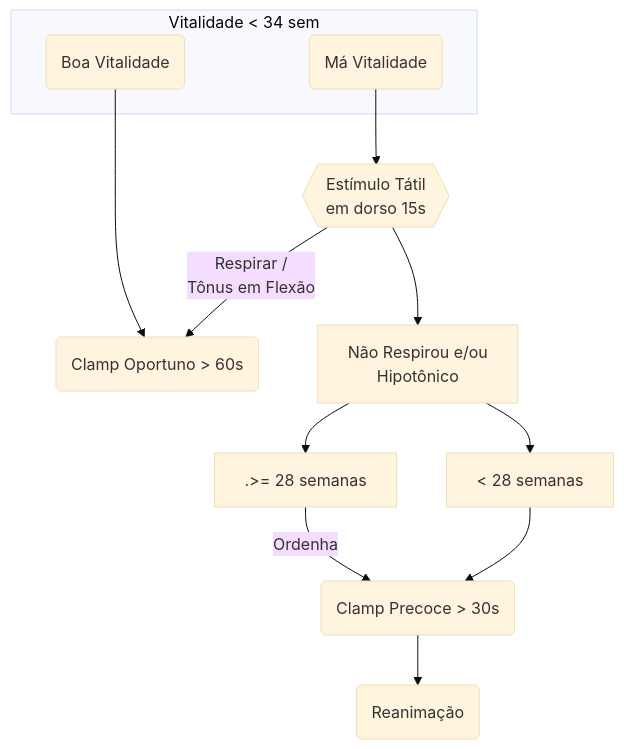
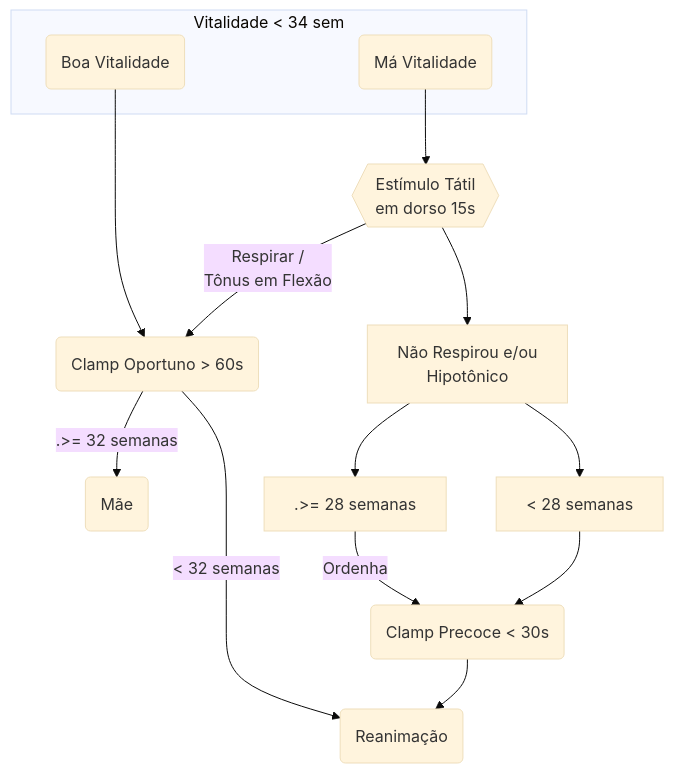
The second of 2 diagrams in 01_Estudo/Reanimação Neonatal.md (brenodantas10/MedEstudo), drawn with Mermaid (base theme) before and after one commit. The commit also changed other lines of this file, not shown here.

Commit message:
vault backup: 2026-06-23 16:26:09

````diff
--- a/01_Estudo/Reanimação Neonatal.md
+++ b/01_Estudo/Reanimação Neonatal.md
@@ -52,20 +52,23 @@
 ```mermaid
 graph TD
 subgraph "Vitalidade < 34 sem"
 	A(Boa Vitalidade)
 	B(Má Vitalidade)
 end
 C(Clamp Oportuno > 60s)
-D(Clamp Precoce > 30s)
+D(Clamp Precoce < 30s)
 E{{Estímulo Tátil<br/>em dorso 15s}}
+I(Reanimação)
 
 A --> C
 B --> E
 E -- Respirar /<br/>Tônus em Flexão --> C
+C -- ".>= 32 semanas" --> J("Mãe")
+C -- "< 32 semanas" --> I
 E --> F[Não Respirou e/ou<br/>Hipotônico]
 F --> G[".>= 28 semanas"]
 F --> H["< 28 semanas"]
 G -- "Ordenha" --> D
 H --> D
-D --> I(Reanimação)
+D --> I
 ```
````
